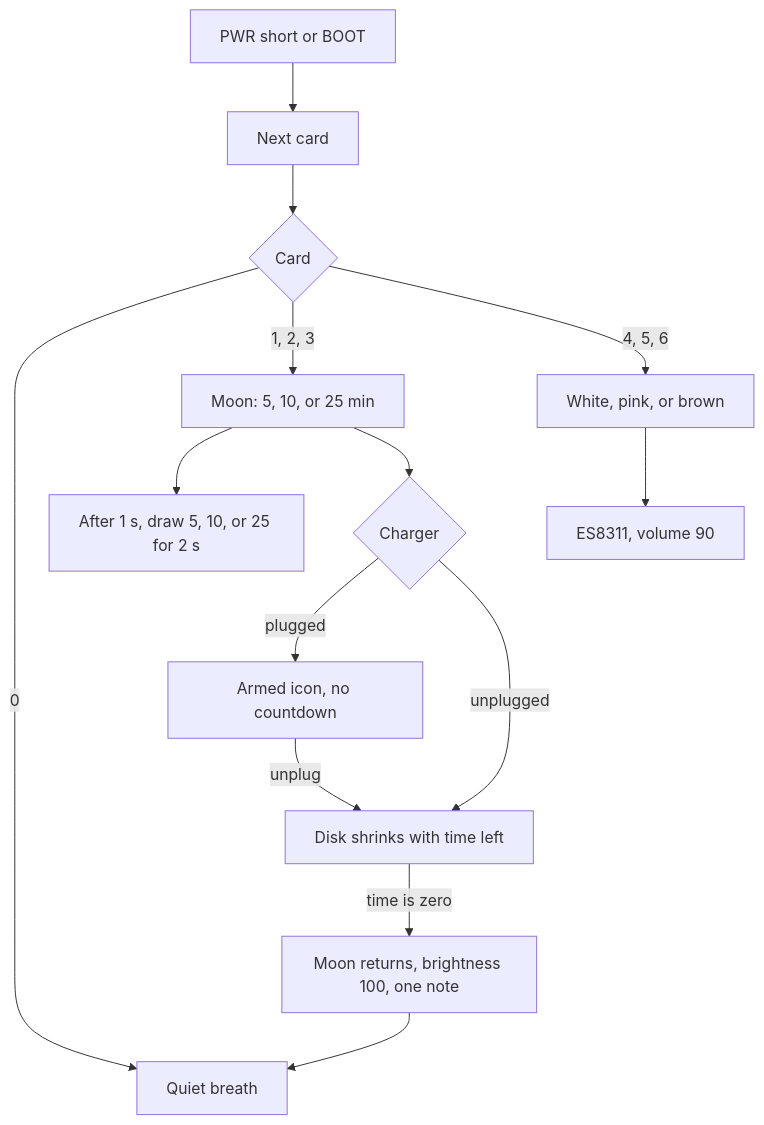
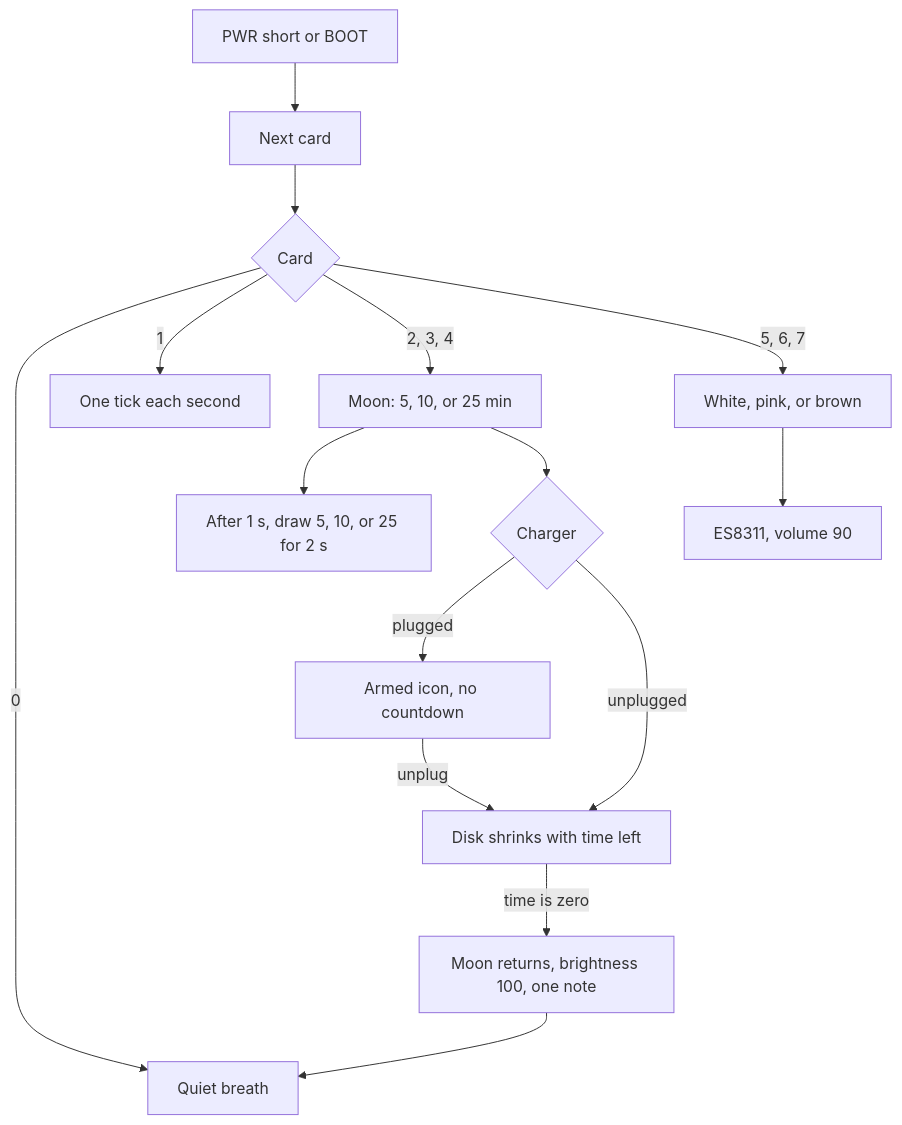
The first of 2 diagrams in README.md (monty1743-boop/Sigr-n), drawn with Mermaid before and after one commit. The commit also changed other lines of this file and 6 other files, not shown here.

First line of the commit message:
Add a one-second tick and a palm-level thump.

````diff
--- a/README.md
+++ b/README.md
@@ -38,16 +38,17 @@
 ```mermaid
 flowchart TD
   press["PWR short or BOOT"] --> card["Next card"]
   card --> kind{"Card"}
   kind -->|"0"| quiet["Quiet breath"]
-  kind -->|"1, 2, 3"| moon["Moon: 5, 10, or 25 min"]
-  kind -->|"4, 5, 6"| noise["White, pink, or brown"]
+  kind -->|"1"| beat["One tick each second"]
+  kind -->|"2, 3, 4"| moon["Moon: 5, 10, or 25 min"]
+  kind -->|"5, 6, 7"| noise["White, pink, or brown"]
   moon --> digits["After 1 s, draw 5, 10, or 25 for 2 s"]
   moon --> power{"Charger"}
   power -->|"plugged"| armed["Armed icon, no countdown"]
   power -->|"unplugged"| run["Disk shrinks with time left"]
   armed -->|"unplug"| run
   run -->|"time is zero"| ending["Moon returns, brightness 100, one note"]
   ending --> quiet
   noise --> speaker["ES8311, volume 90"]
 ```
````
